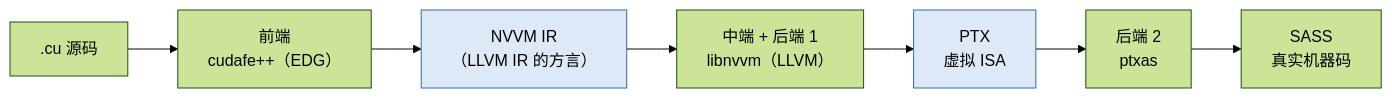
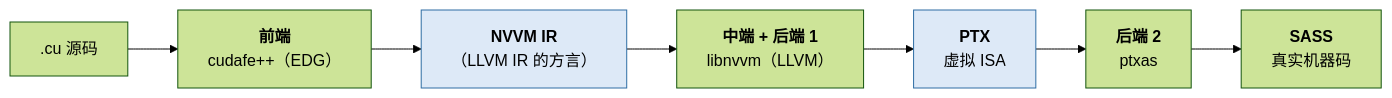
One commit to arganzheng/arganzheng.github.com changed the second of 8 diagrams in _posts/2026-11-22-compiler-skeleton-ir-ssa-and-passes.md. Above: the diagram before and after it, drawn with Mermaid (forest theme). The commit also changed other lines of this file and 8 other files, not shown here.

First line of the commit message:
ML 编译器内部：从 SSA、MLIR 到 Triton 编译器：Mermaid 多行方框的首行标为标题（9 篇）

````diff
--- a/_posts/2026-11-22-compiler-skeleton-ir-ssa-and-passes.md
+++ b/_posts/2026-11-22-compiler-skeleton-ir-ssa-and-passes.md
@@ -105,15 +105,15 @@
 ```mermaid
 %% 图：nvcc 的两级后端：cudafe++ 前端 → NVVM IR → libnvvm 出 PTX 虚拟 ISA → ptxas 出真实机器码 SASS
 flowchart LR
     cu[".cu 源码"]
-    cudafe["前端<br/>cudafe++（EDG）"]
-    nvvm["NVVM IR<br/>（LLVM IR 的方言）"]
-    nvopt["中端 + 后端 1<br/>libnvvm（LLVM）"]
-    ptx["PTX<br/>虚拟 ISA"]
-    ptxas["后端 2<br/>ptxas"]
-    sass["SASS<br/>真实机器码"]
+    cudafe["<b>前端</b><br/>cudafe++（EDG）"]
+    nvvm["<b>NVVM IR</b><br/>（LLVM IR 的方言）"]
+    nvopt["<b>中端 + 后端 1</b><br/>libnvvm（LLVM）"]
+    ptx["<b>PTX</b><br/>虚拟 ISA"]
+    ptxas["<b>后端 2</b><br/>ptxas"]
+    sass["<b>SASS</b><br/>真实机器码"]
     cu --> cudafe --> nvvm --> nvopt --> ptx --> ptxas --> sass
 
     classDef ir fill:#dde9f7,stroke:#2e6da4
     class nvvm,ptx ir
 ```
````
